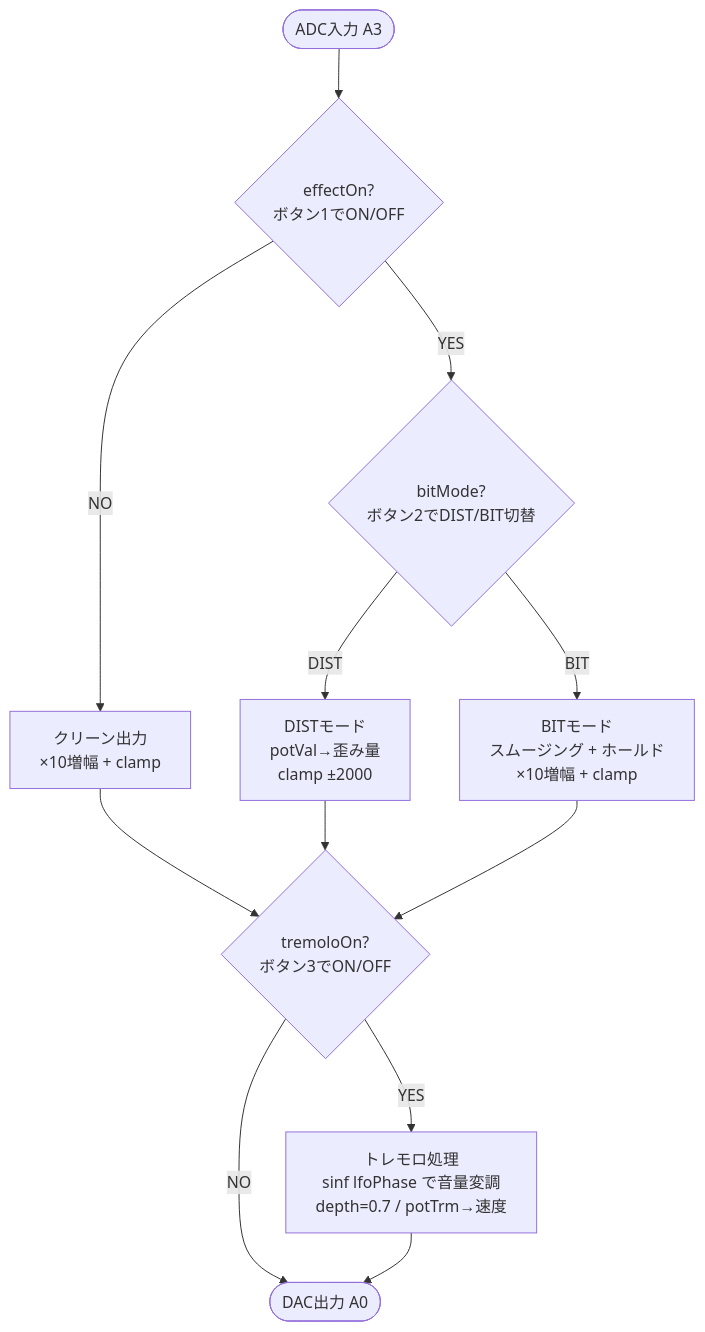
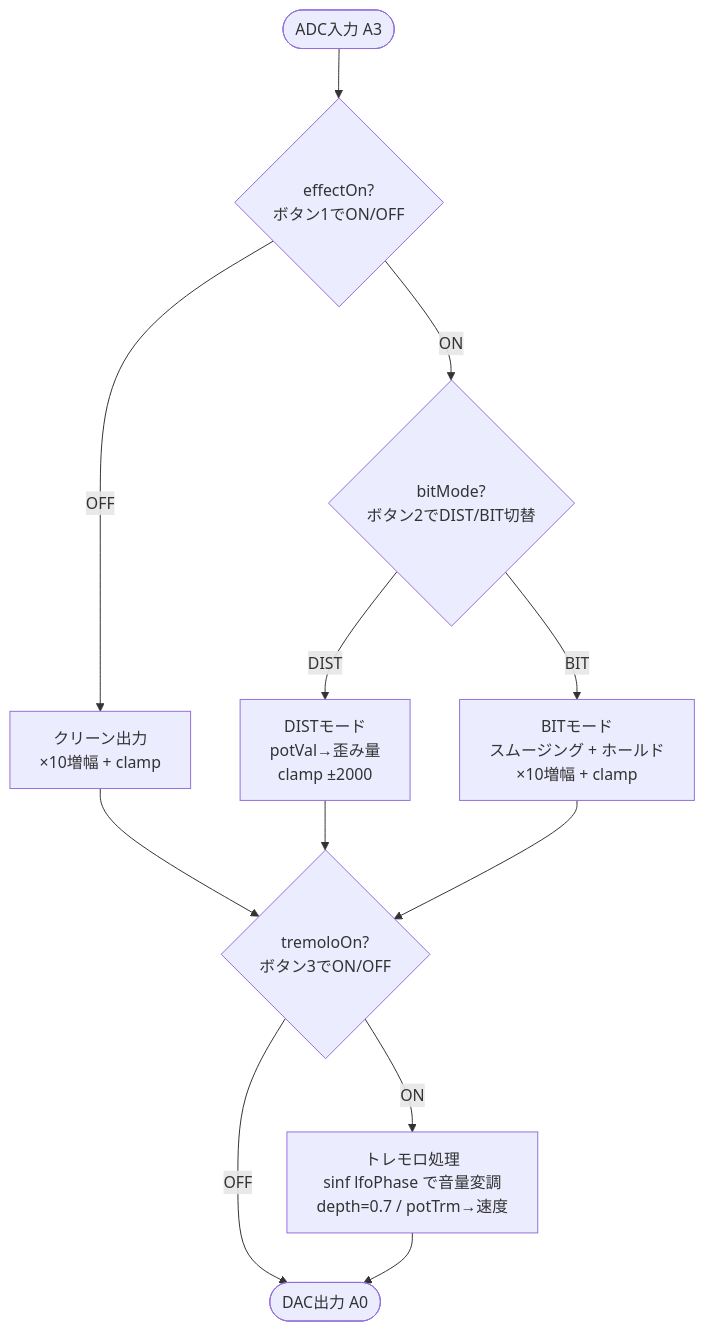
One commit to sishii2026-ctr/effector changed the diagram in readme.md. Above: the diagram before and after it, drawn with Mermaid. The commit also changed other lines of this file and 1 other file, not shown here.

````diff
--- a/readme.md
+++ b/readme.md
@@ -53,18 +53,18 @@
 ``` mermaid
 graph TD;
     A([ADC入力 A3]) --> B{effectOn?\nボタン1でON/OFF}
 
-    B -- NO --> C[クリーン出力\n×10増幅 + clamp]
-    B -- YES --> D{bitMode?\nボタン2でDIST/BIT切替}
+    B -- OFF --> C[クリーン出力\n×10増幅 + clamp]
+    B -- ON --> D{bitMode?\nボタン2でDIST/BIT切替}
 
     D -- DIST --> E[DISTモード\npotVal→歪み量\nclamp ±2000]
     D -- BIT --> F[BITモード\nスムージング + ホールド\n×10増幅 + clamp]
 
     C --> G{tremoloOn?\nボタン3でON/OFF}
     E --> G
     F --> G
 
-    G -- NO --> H([DAC出力 A0])
-    G -- YES --> I[トレモロ処理\nsinf lfoPhase で音量変調\ndepth=0.7 / potTrm→速度]
+    G -- OFF --> H([DAC出力 A0])
+    G -- ON --> I[トレモロ処理\nsinf lfoPhase で音量変調\ndepth=0.7 / potTrm→速度]
     I --> H
 ```
````
